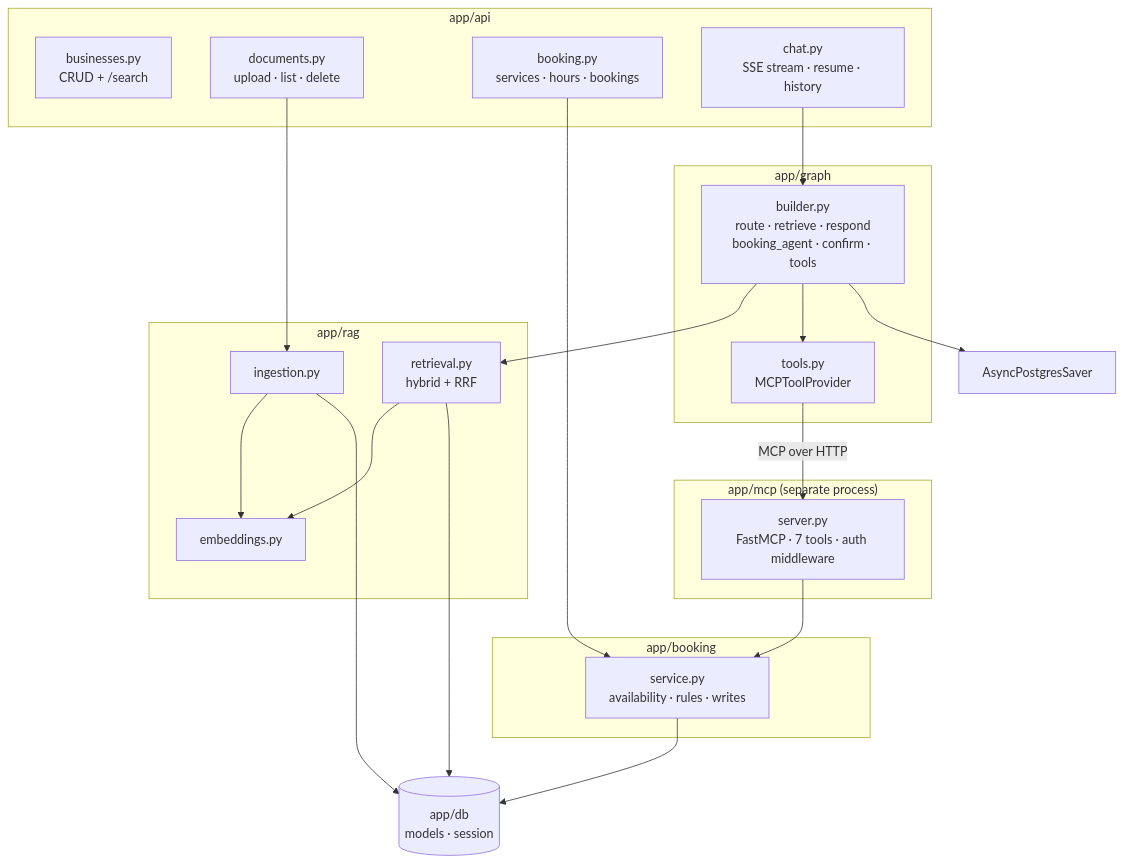
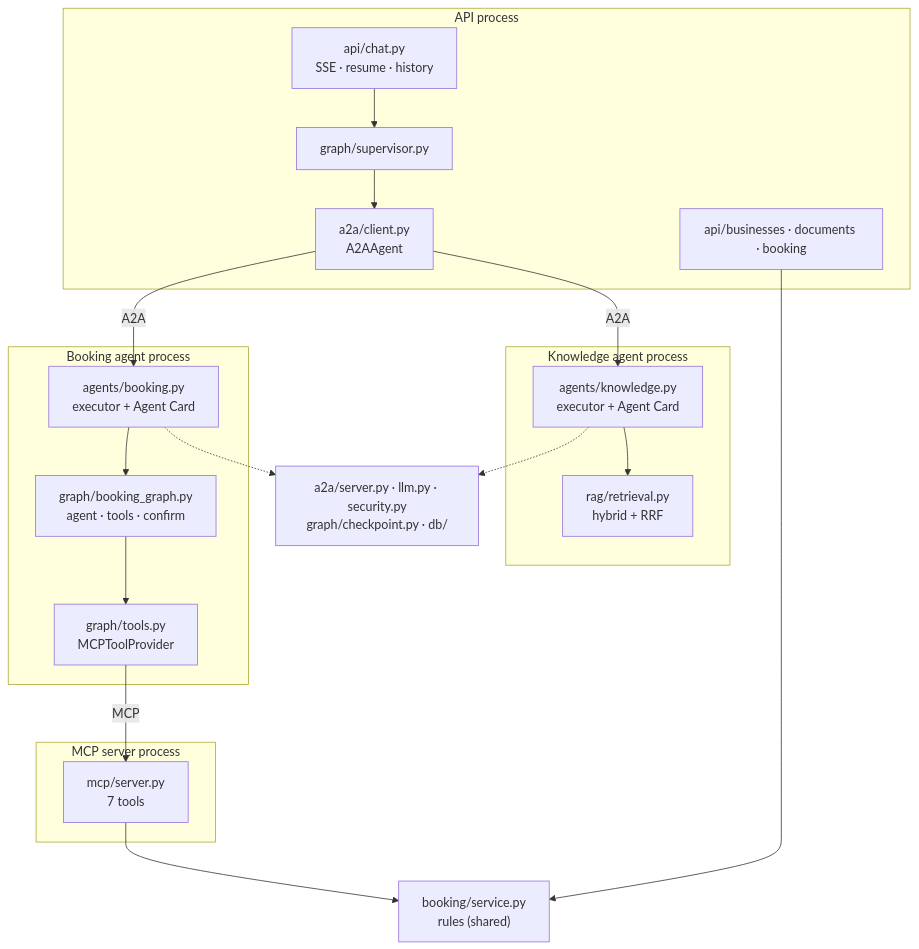
One commit to yash6388/voxdesk changed the third of 9 diagrams in docs/ARCHITECTURE.md. Above: the diagram before and after it, drawn with Mermaid. The commit also changed other lines of this file and 40 other files, not shown here.

First line of the commit message:
feat: A2A specialist agents with supervisor delegation

````diff
--- a/docs/ARCHITECTURE.md
+++ b/docs/ARCHITECTURE.md
@@ -110,40 +123,34 @@
 ```mermaid
 flowchart TB
-    subgraph api["app/api"]
-        bus["businesses.py<br/>CRUD + /search"]
-        docs["documents.py<br/>upload · list · delete"]
-        bk["booking.py<br/>services · hours · bookings"]
-        chat["chat.py<br/>SSE stream · resume · history"]
+    subgraph apiproc["API process"]
+        chat["api/chat.py<br/>SSE · resume · history"]
+        rest["api/businesses · documents · booking"]
+        sup["graph/supervisor.py"]
+        client["a2a/client.py<br/>A2AAgent"]
     end
-    subgraph graph["app/graph"]
-        builder["builder.py<br/>route · retrieve · respond<br/>booking_agent · confirm · tools"]
-        tools["tools.py<br/>MCPToolProvider"]
+    subgraph kproc["Knowledge agent process"]
+        kexec["agents/knowledge.py<br/>executor + Agent Card"]
+        ret["rag/retrieval.py<br/>hybrid + RRF"]
     end
-    subgraph mcp["app/mcp (separate process)"]
-        server["server.py<br/>FastMCP · 7 tools · auth middleware"]
+    subgraph bproc["Booking agent process"]
+        bexec["agents/booking.py<br/>executor + Agent Card"]
+        bgraph["graph/booking_graph.py<br/>agent · tools · confirm"]
+        tools["graph/tools.py<br/>MCPToolProvider"]
     end
-    subgraph domain["app/booking"]
-        svc["service.py<br/>availability · rules · writes"]
+    subgraph mproc["MCP server process"]
+        mcp["mcp/server.py<br/>7 tools"]
     end
-    subgraph rag["app/rag"]
-        ing["ingestion.py"]
-        ret["retrieval.py<br/>hybrid + RRF"]
-        emb["embeddings.py"]
-    end
-    db[("app/db<br/>models · session")]
-    ckpt["AsyncPostgresSaver"]
+    svc["booking/service.py<br/>rules (shared)"]
+    shared["a2a/server.py · llm.py · security.py<br/>graph/checkpoint.py · db/"]
 
-    chat --> builder
-    builder --> ret
-    builder --> tools
-    tools -- "MCP over HTTP" --> server
-    server --> svc
-    bk --> svc
-    builder --> ckpt
-    docs --> ing
-    ing --> emb
-    ret --> emb
-    svc --> db
-    ing --> db
-    ret --> db
+    chat --> sup --> client
+    client -- A2A --> kexec
+    client -- A2A --> bexec
+    kexec --> ret
+    bexec --> bgraph --> tools
+    tools -- MCP --> mcp
+    mcp --> svc
+    rest --> svc
+    kexec -.-> shared
+    bexec -.-> shared
 ```
````
